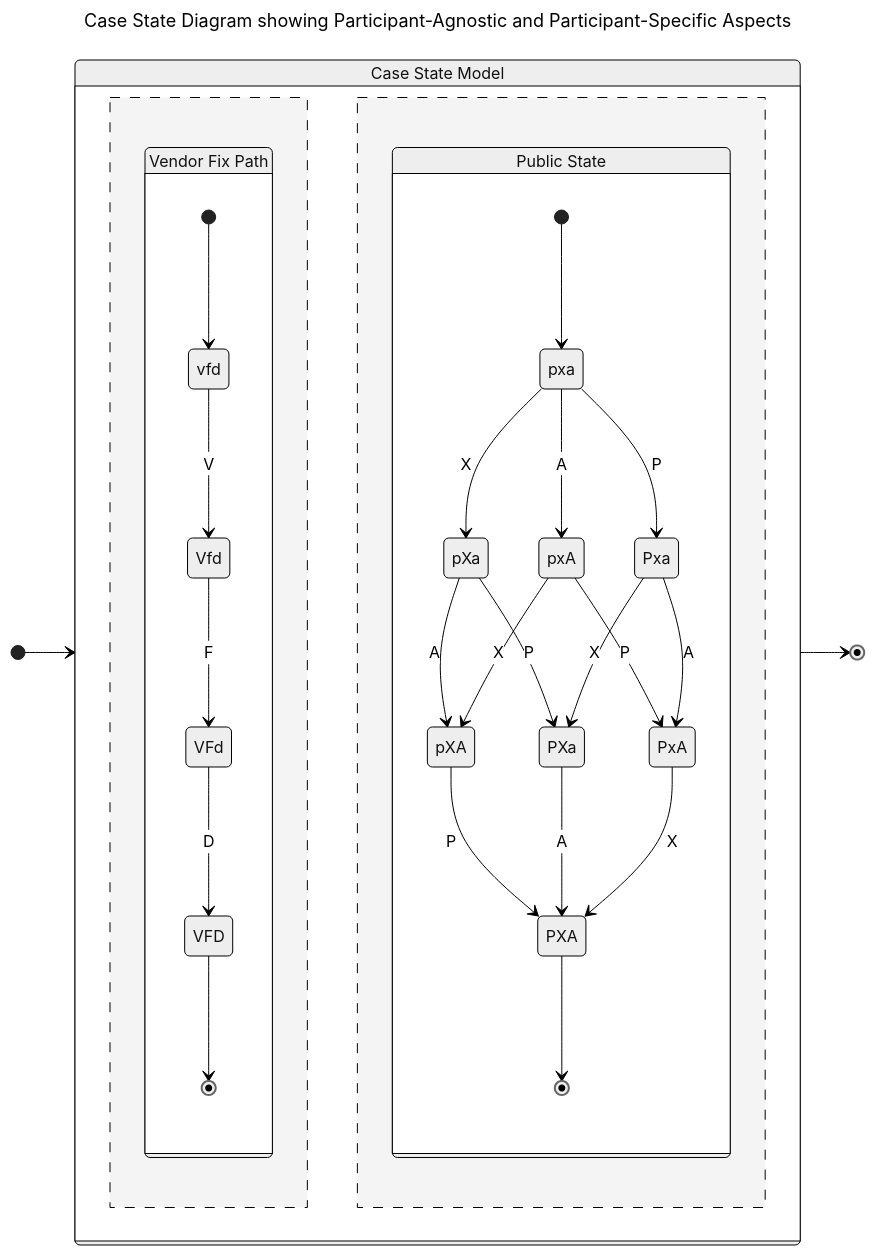
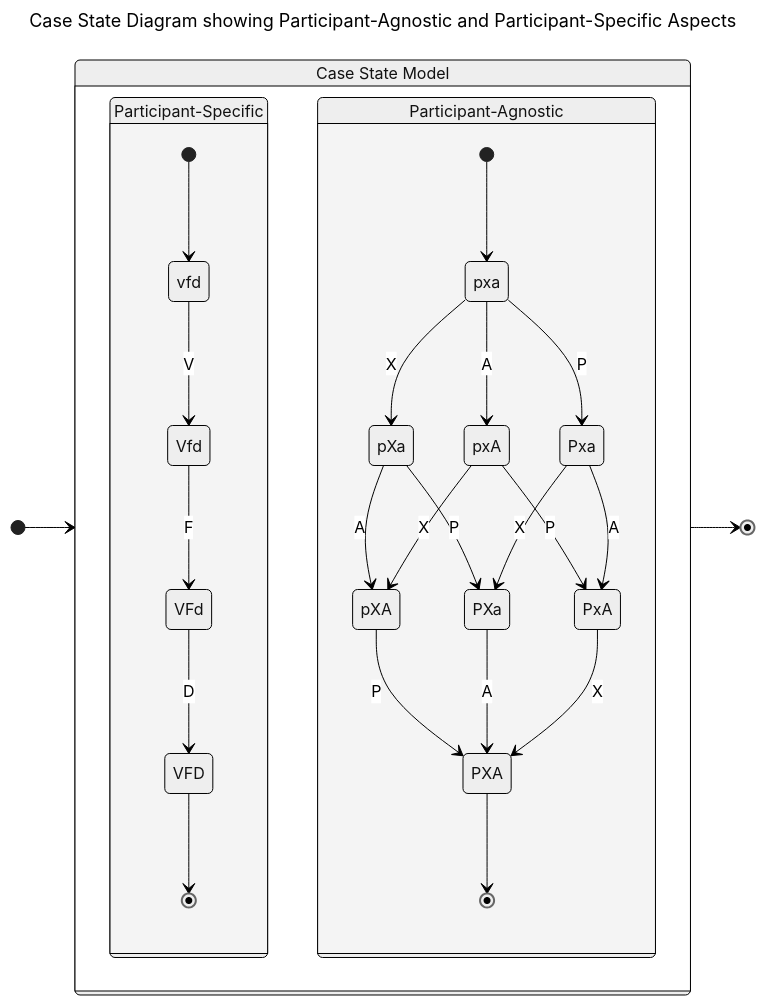
Before and after one commit to CERTCC/Vultron: the diagram in docs/topics/process_models/model_interactions/cs_global_local.md, drawn with Mermaid (neutral theme). The commit also changed 30 other files, not shown here.

````diff
--- a/docs/topics/process_models/model_interactions/cs_global_local.md
+++ b/docs/topics/process_models/model_interactions/cs_global_local.md
@@ -1,43 +1,42 @@
 ```mermaid
 ---
 title: Case State Diagram showing Participant-Agnostic and Participant-Specific Aspects
 ---
 stateDiagram-v2
     direction LR
     CS: Case State Model
     state CS {
-        ps: Vendor Fix Path
+        ps: Participant-Specific
         state ps {
             [*] --> vfd
             vfd --> Vfd : V
             Vfd --> VFd : F
             VFd --> VFD : D
             VFD --> [*]
         }
-        --
-        g: Public State
+        g: Participant-Agnostic 
         state g {
             [*] --> pxa
         
             pxa --> Pxa : P
             pxa --> pXa : X
             pxa --> pxA : A
             
             pXa --> PXa : P
             pXa --> pXA : A
             
             pxA --> PxA : P
             pxA --> pXA : X
         
             Pxa --> PxA : A
             Pxa --> PXa : X
             
             pXA --> PXA : P
             PXa --> PXA : A
             PxA --> PXA : X
             PXA --> [*]
         }
     }
     [*] --> CS
     CS --> [*]
 ```
````
